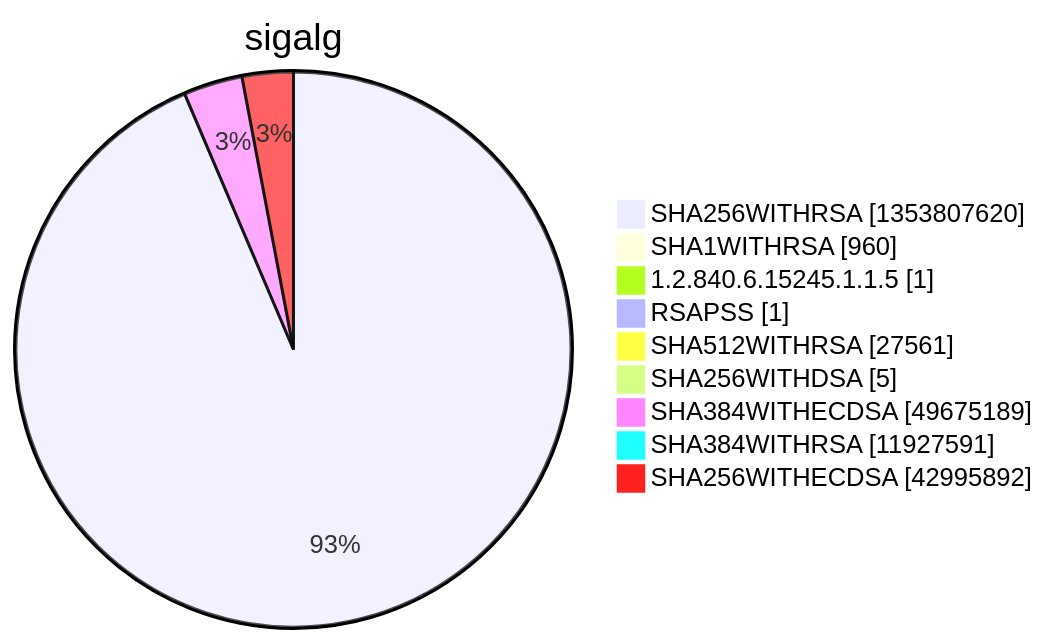
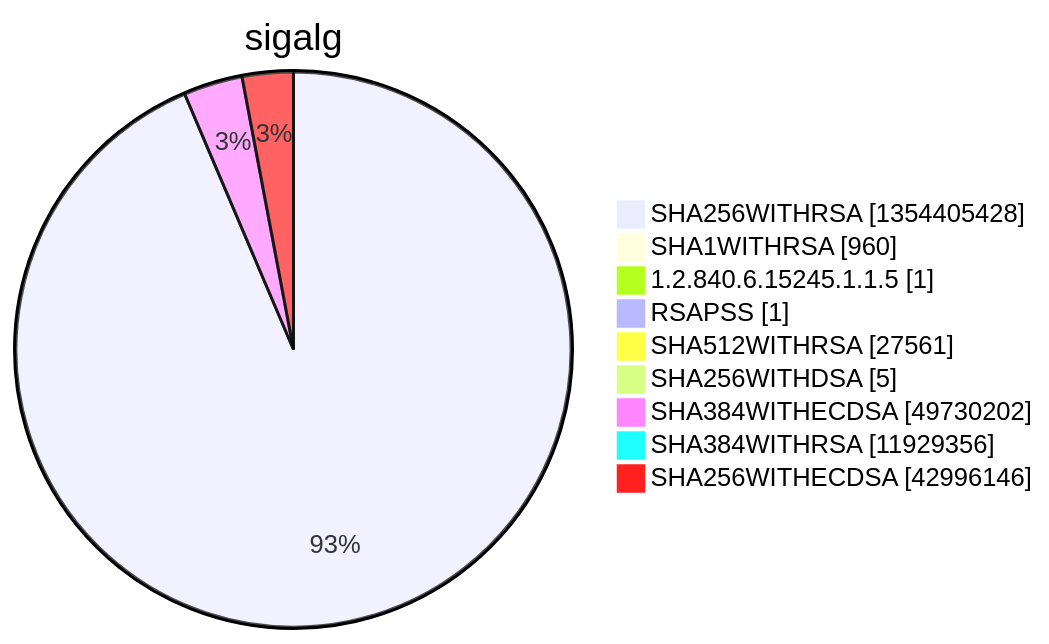
Before and after one commit to christiankrug/ctmonitor_visualization: diagram 15 of 15 in argon2022/README.md, drawn with Mermaid. The commit also changed other lines of this file, not shown here.

````diff
--- a/argon2022/README.md
+++ b/argon2022/README.md
@@ -5524,13 +5524,13 @@
 ```mermaid
 pie showData
 title sigalg
-"SHA256WITHRSA" :1353807620
+"SHA256WITHRSA" :1354405428
 "SHA1WITHRSA" :960
 "1.2.840.6.15245.1.1.5" :1
 "RSAPSS" :1
 "SHA512WITHRSA" :27561
 "SHA256WITHDSA" :5
-"SHA384WITHECDSA" :49675189
-"SHA384WITHRSA" :11927591
-"SHA256WITHECDSA" :42995892
+"SHA384WITHECDSA" :49730202
+"SHA384WITHRSA" :11929356
+"SHA256WITHECDSA" :42996146
 ```
````
